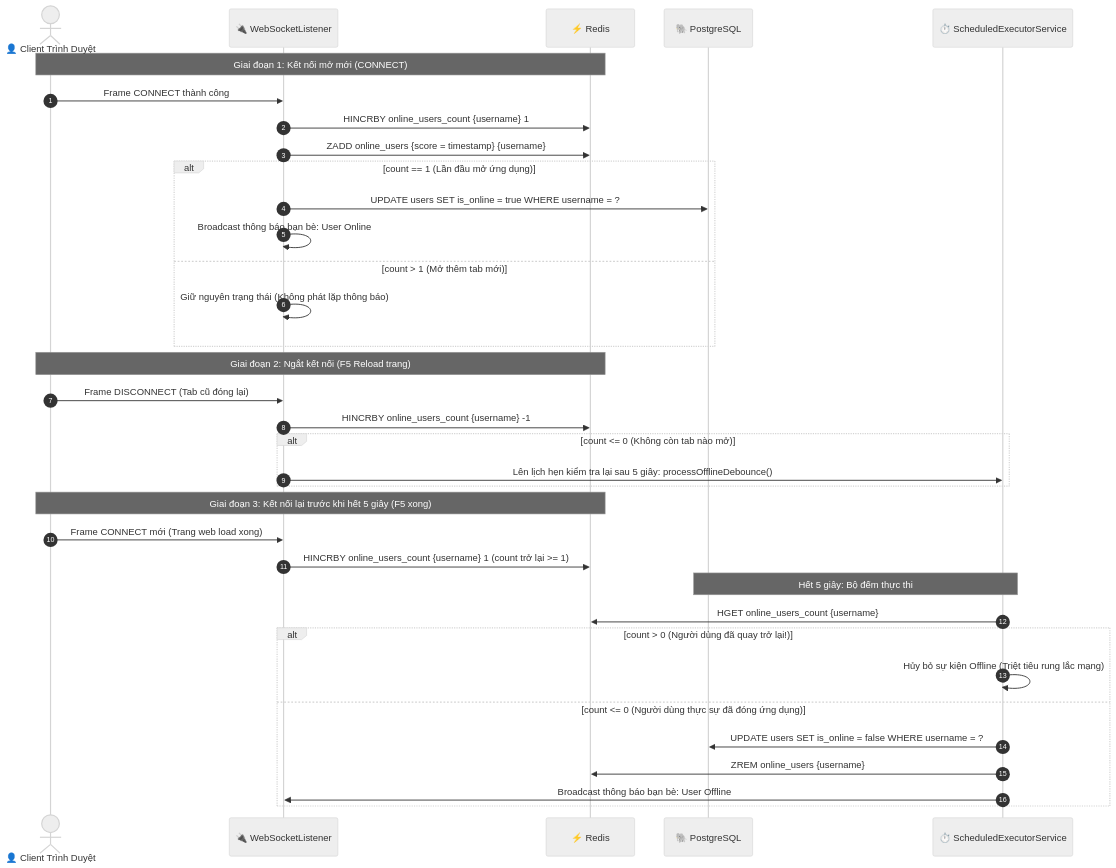
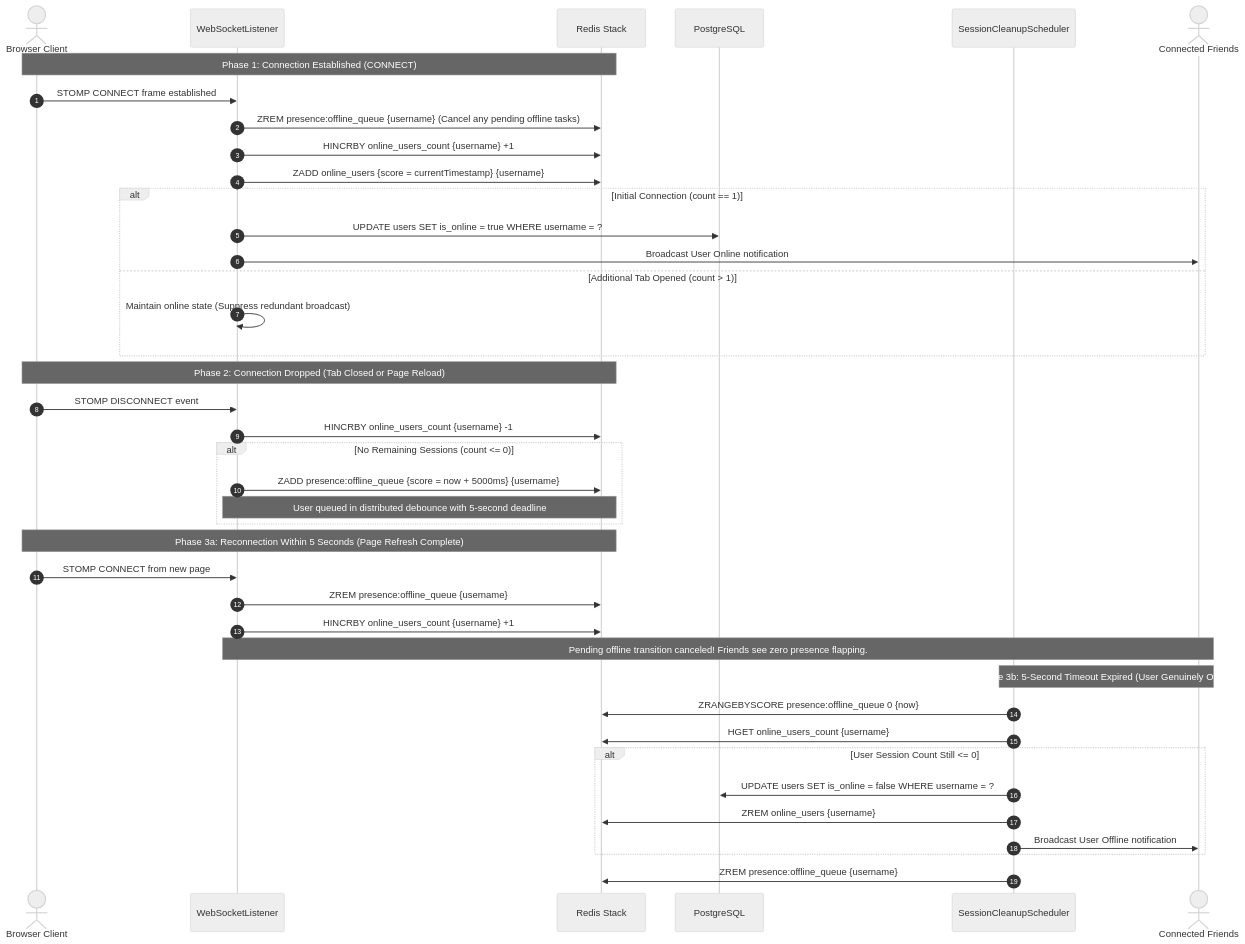
The third of 5 diagrams in docs/architecture/03-sequence-diagrams.md (phwkha/ChatWeb-RealTime), drawn with Mermaid (neutral theme) before and after one commit. The commit also changed other lines of this file and 8 other files, not shown here.

First line of the commit message:
Refactor documentation for sequence diagrams and database design in ChatWeb

````diff
--- a/docs/architecture/03-sequence-diagrams.md
+++ b/docs/architecture/03-sequence-diagrams.md
@@ -148,41 +144,46 @@
 ```mermaid
 sequenceDiagram
     autonumber
-    actor Client as 👤 Client Trình Duyệt
-    participant WS as 🔌 WebSocketListener
-    participant Redis as ⚡ Redis
-    participant DB as 🐘 PostgreSQL
-    participant Scheduler as ⏱️ ScheduledExecutorService
+    actor Client as Browser Client
+    participant WS as WebSocketListener
+    participant Redis as Redis Stack
+    participant DB as PostgreSQL
+    participant Scheduler as SessionCleanupScheduler
+    actor Friends as Connected Friends
 
-    note over Client, Redis: Giai đoạn 1: Kết nối mở mới (CONNECT)
-    Client->>WS: Frame CONNECT thành công
-    WS->>Redis: HINCRBY online_users_count {username} 1
-    WS->>Redis: ZADD online_users {score = timestamp} {username}
-    alt count == 1 (Lần đầu mở ứng dụng)
+    note over Client, Redis: Phase 1: Connection Established (CONNECT)
+    Client->>WS: STOMP CONNECT frame established
+    WS->>Redis: ZREM presence:offline_queue {username} (Cancel any pending offline tasks)
+    WS->>Redis: HINCRBY online_users_count {username} +1
+    WS->>Redis: ZADD online_users {score = currentTimestamp} {username}
+    alt Initial Connection (count == 1)
         WS->>DB: UPDATE users SET is_online = true WHERE username = ?
-        WS->>WS: Broadcast thông báo bạn bè: User Online
-    else count > 1 (Mở thêm tab mới)
-        WS->>WS: Giữ nguyên trạng thái (Không phát lặp thông báo)
+        WS->>Friends: Broadcast User Online notification
+    else Additional Tab Opened (count > 1)
+        WS->>WS: Maintain online state (Suppress redundant broadcast)
     end
 
-    note over Client, Redis: Giai đoạn 2: Ngắt kết nối (F5 Reload trang)
-    Client->>WS: Frame DISCONNECT (Tab cũ đóng lại)
+    note over Client, Redis: Phase 2: Connection Dropped (Tab Closed or Page Reload)
+    Client->>WS: STOMP DISCONNECT event
     WS->>Redis: HINCRBY online_users_count {username} -1
-    alt count <= 0 (Không còn tab nào mở)
-        WS->>Scheduler: Lên lịch hẹn kiểm tra lại sau 5 giây: processOfflineDebounce()
+    alt No Remaining Sessions (count <= 0)
+        WS->>Redis: ZADD presence:offline_queue {score = now + 5000ms} {username}
+        note over WS, Redis: User queued in distributed debounce with 5-second deadline
     end
 
-    note over Client, Redis: Giai đoạn 3: Kết nối lại trước khi hết 5 giây (F5 xong)
-    Client->>WS: Frame CONNECT mới (Trang web load xong)
-    WS->>Redis: HINCRBY online_users_count {username} 1 (count trở lại >= 1)
+    note over Client, Redis: Phase 3a: Reconnection Within 5 Seconds (Page Refresh Complete)
+    Client->>WS: STOMP CONNECT from new page
+    WS->>Redis: ZREM presence:offline_queue {username}
+    WS->>Redis: HINCRBY online_users_count {username} +1
+    note over WS, Friends: Pending offline transition canceled! Friends see zero presence flapping.
 
-    note over Scheduler, DB: Hết 5 giây: Bộ đếm thực thi
+    note over Scheduler, Friends: Phase 3b: 5-Second Timeout Expired (User Genuinely Offline)
+    Scheduler->>Redis: ZRANGEBYSCORE presence:offline_queue 0 {now}
     Scheduler->>Redis: HGET online_users_count {username}
-    alt count > 0 (Người dùng đã quay trở lại!)
-        Scheduler->>Scheduler: Hủy bỏ sự kiện Offline (Triệt tiêu rung lắc mạng)
-    else count <= 0 (Người dùng thực sự đã đóng ứng dụng)
+    alt User Session Count Still <= 0
         Scheduler->>DB: UPDATE users SET is_online = false WHERE username = ?
         Scheduler->>Redis: ZREM online_users {username}
-        Scheduler->>WS: Broadcast thông báo bạn bè: User Offline
+        Scheduler->>Friends: Broadcast User Offline notification
     end
+    Scheduler->>Redis: ZREM presence:offline_queue {username}
 ```
````
